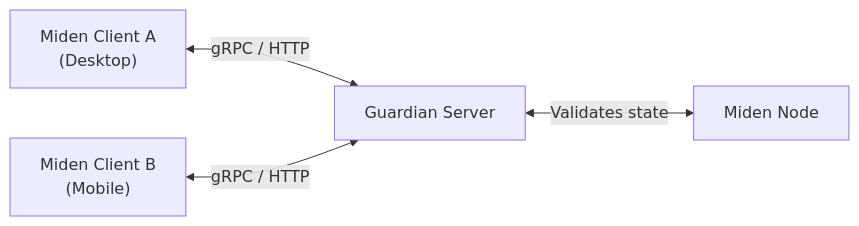
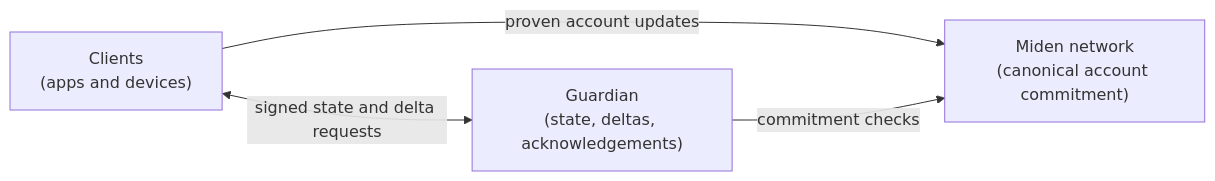
The first of 4 diagrams in docs/builder/miden-guardian/core-concepts/architecture.md (0xMiden/miden-docs), drawn with Mermaid before and after one commit. The commit also changed other lines of this file and 13 other files, not shown here.

First line of the commit message:
docs: expand Guardian architecture docs

````diff
--- a/docs/builder/miden-guardian/core-concepts/architecture.md
+++ b/docs/builder/miden-guardian/core-concepts/architecture.md
@@ -12,6 +12,10 @@
 ```mermaid
 graph LR
-    A["Miden Client A<br/>(Desktop)"] <-->|"gRPC / HTTP"| Guardian["Guardian Server"]
-    B["Miden Client B<br/>(Mobile)"] <-->|"gRPC / HTTP"| Guardian
-    Guardian <-->|"Validates state"| Node["Miden Node"]
+    Clients["Clients<br/>(apps and devices)"]
+    Guardian["Guardian<br/>(state, deltas, acknowledgements)"]
+    Network["Miden network<br/>(canonical account commitment)"]
+
+    Clients <-->|"signed state and delta requests"| Guardian
+    Clients -->|"proven account updates"| Network
+    Guardian -->|"commitment checks"| Network
 ```
````
